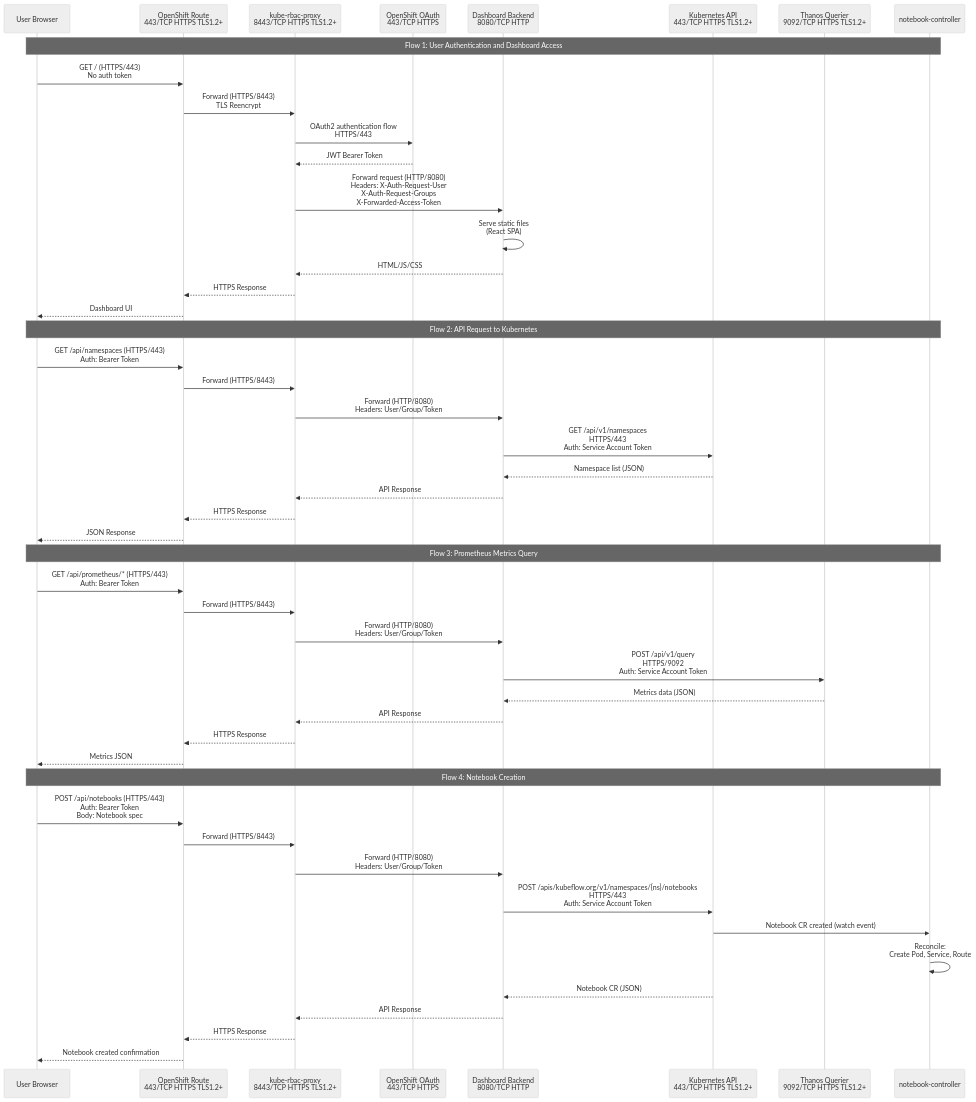
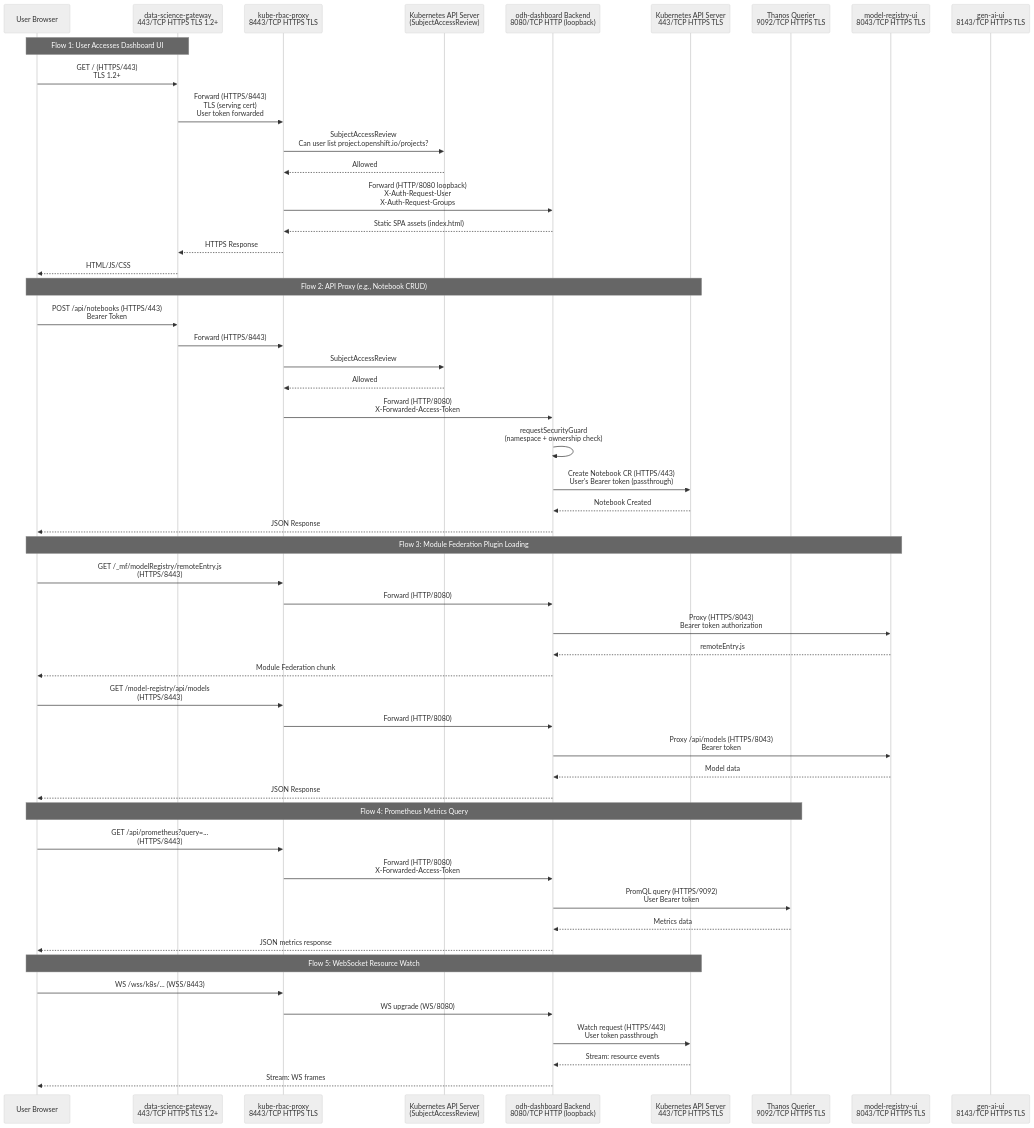
Before and after one commit to rhuss/architecture-context: the diagram in architecture/rhoai-3.0/diagrams/odh-dashboard-dataflow.mmd, drawn with Mermaid (neutral theme). The commit also changed 512 other files, not shown here.

```diff
--- a/architecture/rhoai-3.0/diagrams/odh-dashboard-dataflow.mmd
+++ b/architecture/rhoai-3.0/diagrams/odh-dashboard-dataflow.mmd
@@ -1,56 +1,66 @@
+%% ODH Dashboard - Data Flow Diagram
+%% Generated by: Claude Opus 4.6
+
 sequenceDiagram
-    participant User as User Browser
-    participant Route as OpenShift Route<br/>443/TCP HTTPS TLS1.2+
-    participant Proxy as kube-rbac-proxy<br/>8443/TCP HTTPS TLS1.2+
-    participant OAuth as OpenShift OAuth<br/>443/TCP HTTPS
-    participant Backend as Dashboard Backend<br/>8080/TCP HTTP
-    participant K8sAPI as Kubernetes API<br/>443/TCP HTTPS TLS1.2+
-    participant Thanos as Thanos Querier<br/>9092/TCP HTTPS TLS1.2+
-    participant NotebookCtrl as notebook-controller
+    participant Browser as User Browser
+    participant Gateway as data-science-gateway<br/>443/TCP HTTPS TLS 1.2+
+    participant KRBP as kube-rbac-proxy<br/>8443/TCP HTTPS TLS
+    participant K8sAuth as Kubernetes API Server<br/>(SubjectAccessReview)
+    participant Backend as odh-dashboard Backend<br/>8080/TCP HTTP (loopback)
+    participant K8sAPI as Kubernetes API Server<br/>443/TCP HTTPS TLS
+    participant Thanos as Thanos Querier<br/>9092/TCP HTTPS TLS
+    participant MRUI as model-registry-ui<br/>8043/TCP HTTPS TLS
+    participant GAUI as gen-ai-ui<br/>8143/TCP HTTPS TLS
 
-    Note over User,NotebookCtrl: Flow 1: User Authentication and Dashboard Access
+    Note over Browser,Gateway: Flow 1: User Accesses Dashboard UI
 
-    User->>Route: GET / (HTTPS/443)<br/>No auth token
-    Route->>Proxy: Forward (HTTPS/8443)<br/>TLS Reencrypt
-    Proxy->>OAuth: OAuth2 authentication flow<br/>HTTPS/443
-    OAuth-->>Proxy: JWT Bearer Token
-    Proxy->>Backend: Forward request (HTTP/8080)<br/>Headers: X-Auth-Request-User<br/>X-Auth-Request-Groups<br/>X-Forwarded-Access-Token
-    Backend->>Backend: Serve static files<br/>(React SPA)
-    Backend-->>Proxy: HTML/JS/CSS
-    Proxy-->>Route: HTTPS Response
-    Route-->>User: Dashboard UI
+    Browser->>Gateway: GET / (HTTPS/443)<br/>TLS 1.2+
+    Gateway->>KRBP: Forward (HTTPS/8443)<br/>TLS (serving cert)<br/>User token forwarded
+    KRBP->>K8sAuth: SubjectAccessReview<br/>Can user list project.openshift.io/projects?
+    K8sAuth-->>KRBP: Allowed
+    KRBP->>Backend: Forward (HTTP/8080 loopback)<br/>X-Auth-Request-User<br/>X-Auth-Request-Groups
+    Backend-->>KRBP: Static SPA assets (index.html)
+    KRBP-->>Gateway: HTTPS Response
+    Gateway-->>Browser: HTML/JS/CSS
 
-    Note over User,NotebookCtrl: Flow 2: API Request to Kubernetes
+    Note over Browser,K8sAPI: Flow 2: API Proxy (e.g., Notebook CRUD)
 
-    User->>Route: GET /api/namespaces (HTTPS/443)<br/>Auth: Bearer Token
-    Route->>Proxy: Forward (HTTPS/8443)
-    Proxy->>Backend: Forward (HTTP/8080)<br/>Headers: User/Group/Token
-    Backend->>K8sAPI: GET /api/v1/namespaces<br/>HTTPS/443<br/>Auth: Service Account Token
-    K8sAPI-->>Backend: Namespace list (JSON)
-    Backend-->>Proxy: API Response
-    Proxy-->>Route: HTTPS Response
-    Route-->>User: JSON Response
+    Browser->>Gateway: POST /api/notebooks (HTTPS/443)<br/>Bearer Token
+    Gateway->>KRBP: Forward (HTTPS/8443)
+    KRBP->>K8sAuth: SubjectAccessReview
+    K8sAuth-->>KRBP: Allowed
+    KRBP->>Backend: Forward (HTTP/8080)<br/>X-Forwarded-Access-Token
+    Backend->>Backend: requestSecurityGuard<br/>(namespace + ownership check)
+    Backend->>K8sAPI: Create Notebook CR (HTTPS/443)<br/>User's Bearer token (passthrough)
+    K8sAPI-->>Backend: Notebook Created
+    Backend-->>Browser: JSON Response
 
-    Note over User,NotebookCtrl: Flow 3: Prometheus Metrics Query
+    Note over Browser,MRUI: Flow 3: Module Federation Plugin Loading
 
-    User->>Route: GET /api/prometheus/* (HTTPS/443)<br/>Auth: Bearer Token
-    Route->>Proxy: Forward (HTTPS/8443)
-    Proxy->>Backend: Forward (HTTP/8080)<br/>Headers: User/Group/Token
-    Backend->>Thanos: POST /api/v1/query<br/>HTTPS/9092<br/>Auth: Service Account Token
-    Thanos-->>Backend: Metrics data (JSON)
-    Backend-->>Proxy: API Response
-    Proxy-->>Route: HTTPS Response
-    Route-->>User: Metrics JSON
+    Browser->>KRBP: GET /_mf/modelRegistry/remoteEntry.js<br/>(HTTPS/8443)
+    KRBP->>Backend: Forward (HTTP/8080)
+    Backend->>MRUI: Proxy (HTTPS/8043)<br/>Bearer token authorization
+    MRUI-->>Backend: remoteEntry.js
+    Backend-->>Browser: Module Federation chunk
 
-    Note over User,NotebookCtrl: Flow 4: Notebook Creation
+    Browser->>KRBP: GET /model-registry/api/models<br/>(HTTPS/8443)
+    KRBP->>Backend: Forward (HTTP/8080)
+    Backend->>MRUI: Proxy /api/models (HTTPS/8043)<br/>Bearer token
+    MRUI-->>Backend: Model data
+    Backend-->>Browser: JSON Response
 
-    User->>Route: POST /api/notebooks (HTTPS/443)<br/>Auth: Bearer Token<br/>Body: Notebook spec
-    Route->>Proxy: Forward (HTTPS/8443)
-    Proxy->>Backend: Forward (HTTP/8080)<br/>Headers: User/Group/Token
-    Backend->>K8sAPI: POST /apis/kubeflow.org/v1/namespaces/{ns}/notebooks<br/>HTTPS/443<br/>Auth: Service Account Token
-    K8sAPI->>NotebookCtrl: Notebook CR created (watch event)
-    NotebookCtrl->>NotebookCtrl: Reconcile:<br/>Create Pod, Service, Route
-    K8sAPI-->>Backend: Notebook CR (JSON)
-    Backend-->>Proxy: API Response
-    Proxy-->>Route: HTTPS Response
-    Route-->>User: Notebook created confirmation
+    Note over Browser,Thanos: Flow 4: Prometheus Metrics Query
+
+    Browser->>KRBP: GET /api/prometheus?query=...<br/>(HTTPS/8443)
+    KRBP->>Backend: Forward (HTTP/8080)<br/>X-Forwarded-Access-Token
+    Backend->>Thanos: PromQL query (HTTPS/9092)<br/>User Bearer token
+    Thanos-->>Backend: Metrics data
+    Backend-->>Browser: JSON metrics response
+
+    Note over Browser,K8sAPI: Flow 5: WebSocket Resource Watch
+
+    Browser->>KRBP: WS /wss/k8s/... (WSS/8443)
+    KRBP->>Backend: WS upgrade (WS/8080)
+    Backend->>K8sAPI: Watch request (HTTPS/443)<br/>User token passthrough
+    K8sAPI-->>Backend: Stream: resource events
+    Backend-->>Browser: Stream: WS frames
```
